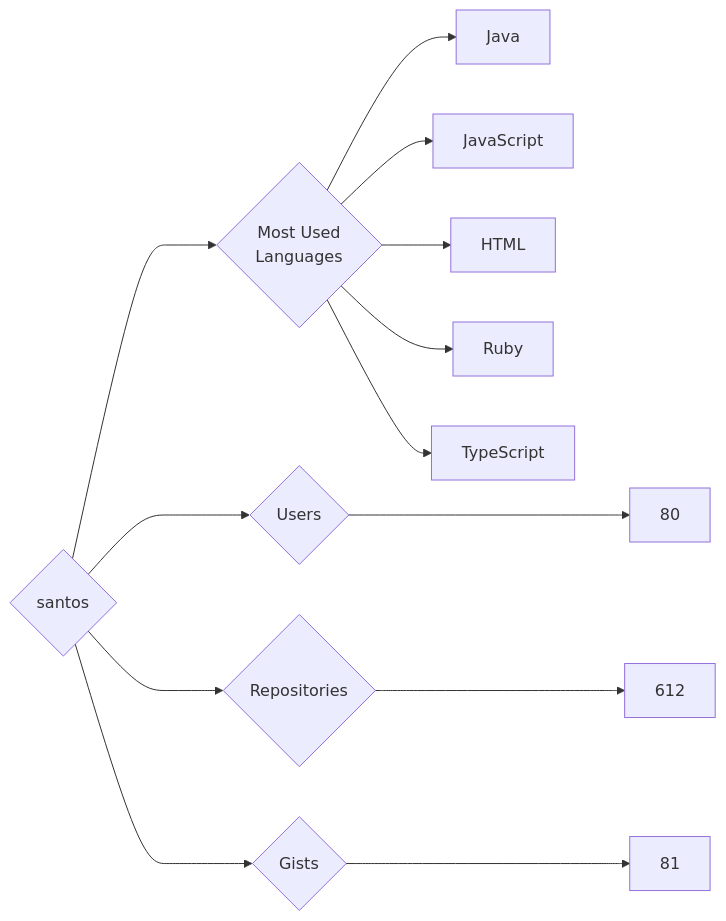
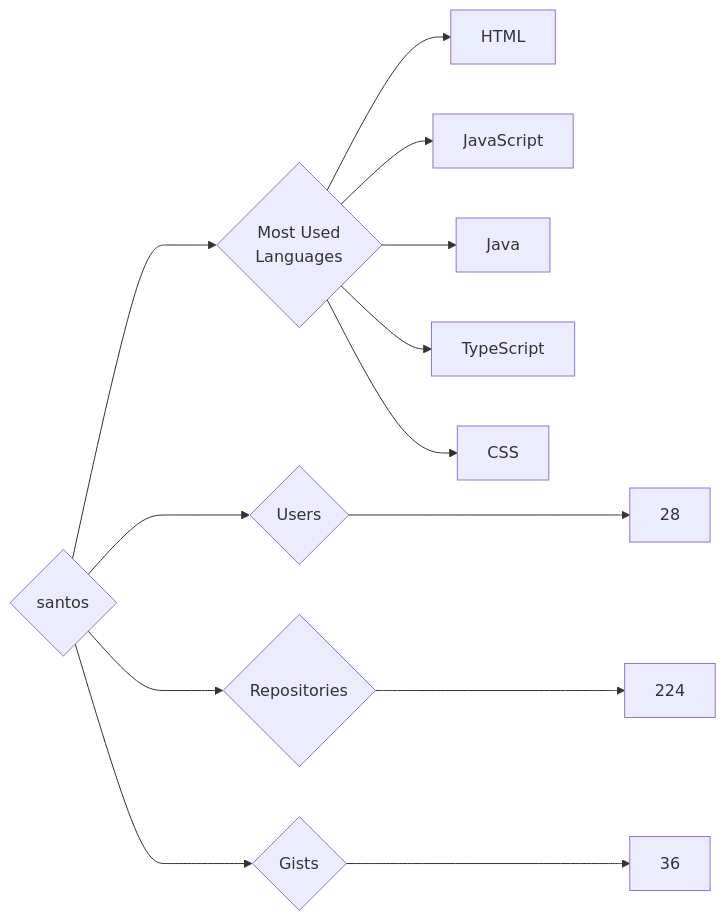
The diagram in targets/santos/README.md (trickest/insiders), drawn with Mermaid before and after one commit. The commit also changed 797 other files, not shown here.

````diff
--- a/targets/santos/README.md
+++ b/targets/santos/README.md
@@ -3,13 +3,13 @@
 ```mermaid
 graph LR
 COMPANY_NAME{santos}
-COMPANY_NAME ---> U{Users} ---> UN[80]
-COMPANY_NAME ---> R{Repositories} ---> RN[612]
-COMPANY_NAME ---> G{Gists} ---> GN[81]
+COMPANY_NAME ---> U{Users} ---> UN[28]
+COMPANY_NAME ---> R{Repositories} ---> RN[224]
+COMPANY_NAME ---> G{Gists} ---> GN[36]
 COMPANY_NAME ---> ML{Most Used<br>Languages}
+ML --> HTML[HTML]
+ML --> JavaScript[JavaScript]
 ML --> Java[Java]
-ML --> JavaScript[JavaScript]
-ML --> HTML[HTML]
-ML --> Ruby[Ruby]
 ML --> TypeScript[TypeScript]
+ML --> CSS[CSS]
 ```
````
